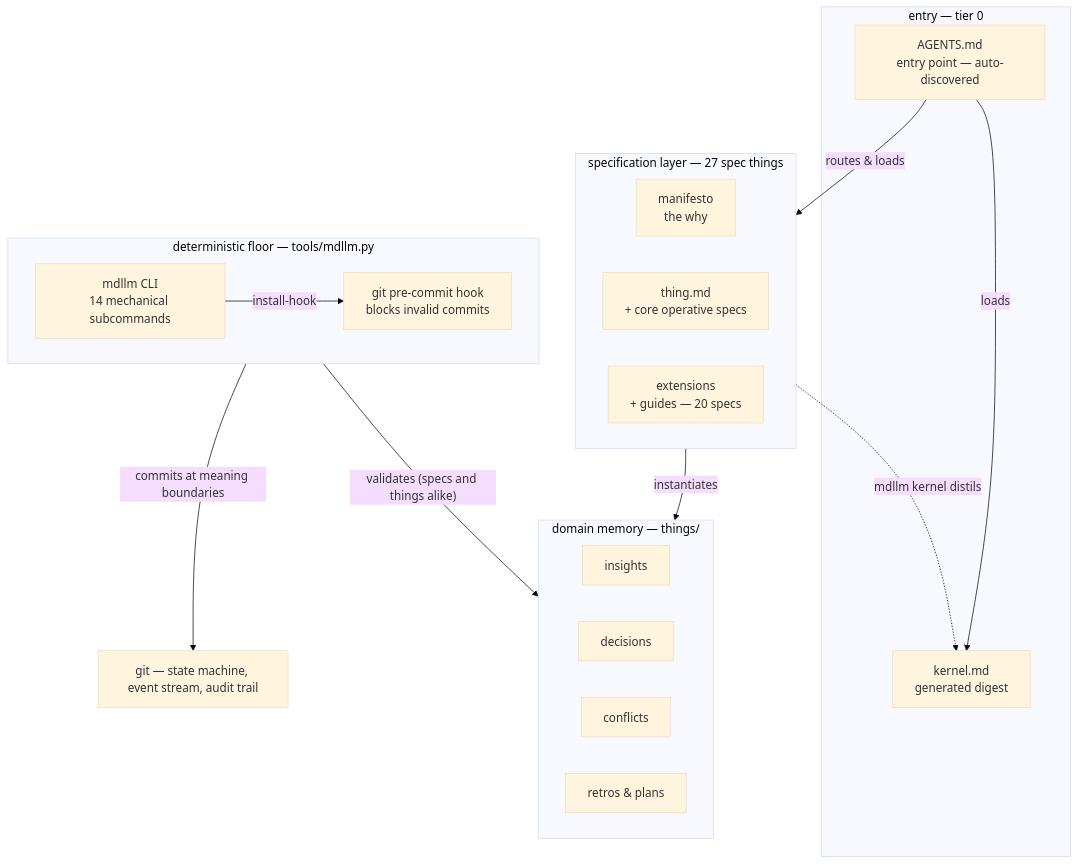
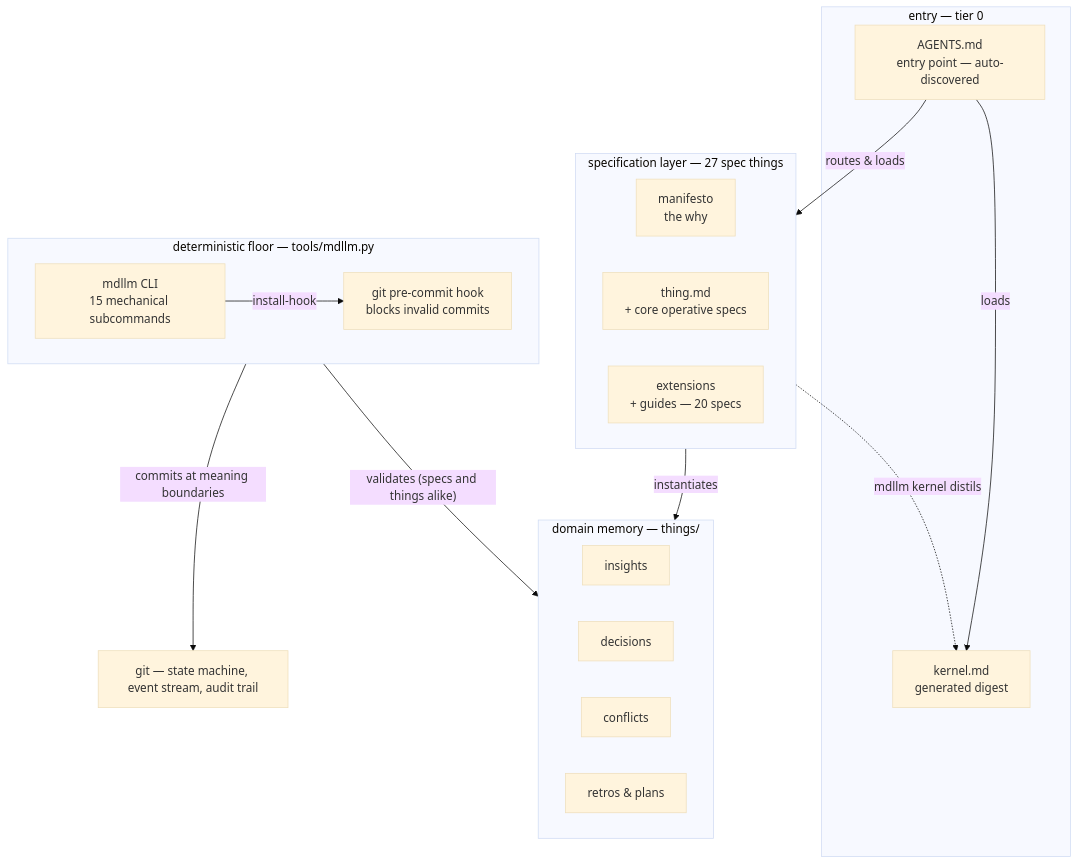
The first of 3 diagrams in framework-map.md (JanoshMoshiri/MarkdownLLM), drawn with Mermaid (base theme) before and after one commit. The commit also changed other lines of this file and 3 other files, not shown here.

````diff
--- a/framework-map.md
+++ b/framework-map.md
@@ -51,31 +53,31 @@
 ```mermaid
 flowchart TD
     subgraph entry ["entry — tier 0"]
         AGENTS["AGENTS.md<br/>entry point — auto-discovered"]
         KERNEL["kernel.md<br/>generated digest"]
     end
     subgraph specs ["specification layer — 27 spec things"]
         MANIFESTO["manifesto<br/>the why"]
         THING["thing.md<br/>+ core operative specs"]
         EXT["extensions<br/>+ guides — 20 specs"]
     end
     subgraph memory ["domain memory — things/"]
         INSIGHTS["insights"]
         DECISIONS["decisions"]
         CONFLICTS["conflicts"]
         RETROS["retros & plans"]
     end
     subgraph floor ["deterministic floor — tools/mdllm.py"]
-        MDLLM["mdllm CLI<br/>14 mechanical subcommands"]
+        MDLLM["mdllm CLI<br/>15 mechanical subcommands"]
         HOOK["git pre-commit hook<br/>blocks invalid commits"]
     end
     GIT["git — state machine, event stream, audit trail"]
 
     AGENTS -->|loads| KERNEL
     AGENTS -->|routes & loads| specs
     specs -.->|"mdllm kernel distils"| KERNEL
     specs -->|instantiates| memory
     MDLLM -->|install-hook| HOOK
     floor -->|"validates (specs and things alike)"| memory
     floor -->|commits at meaning boundaries| GIT
 ```
````
